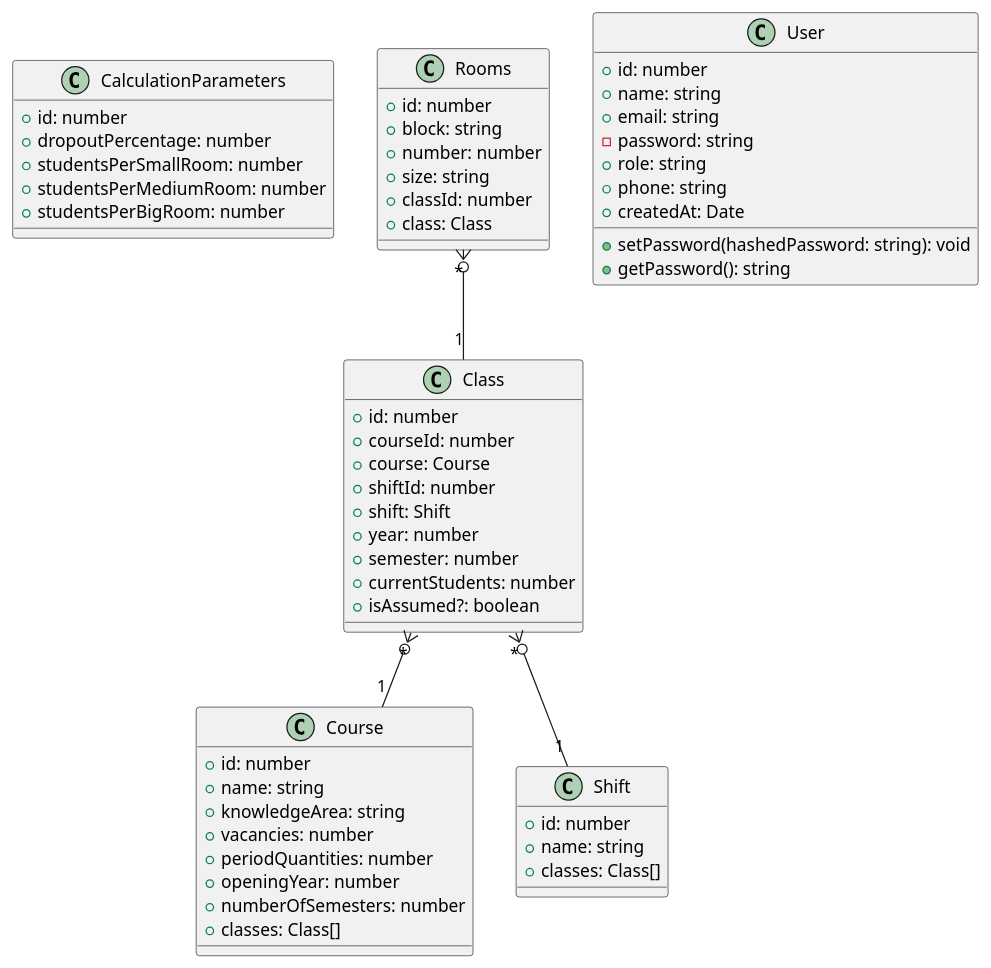
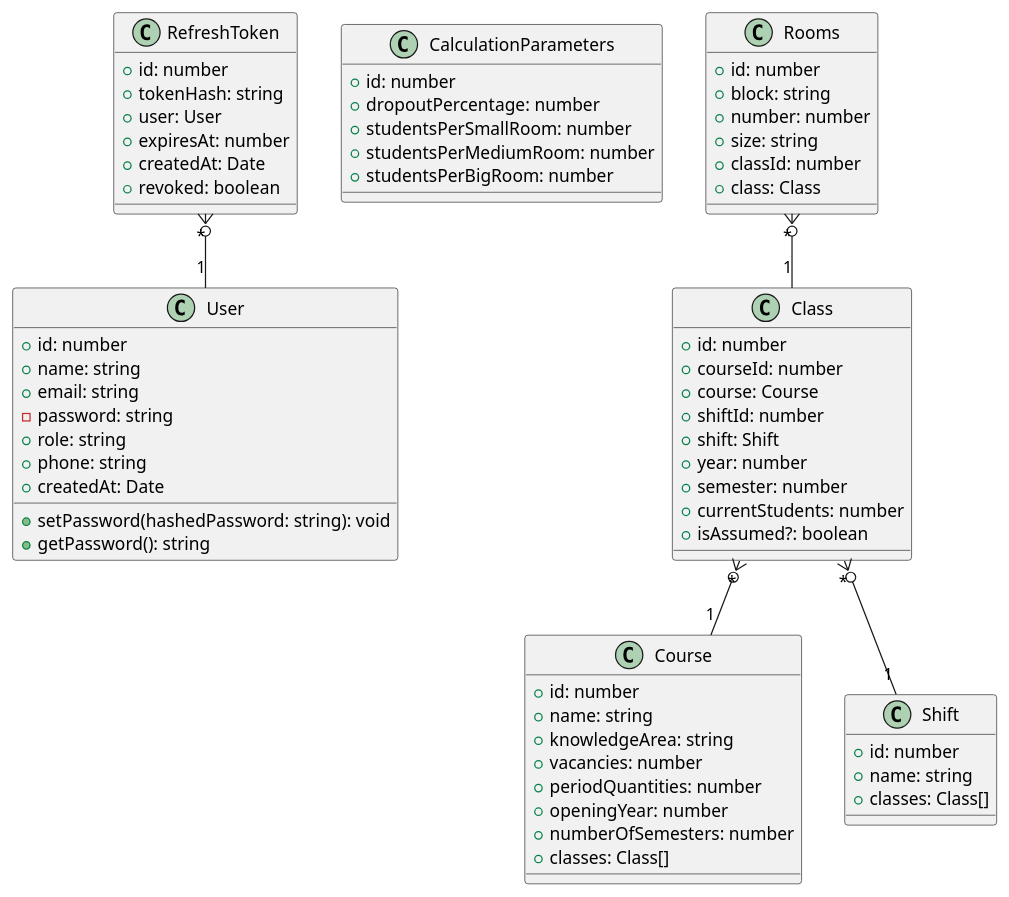
The diagram in docs/uml/_combined.puml (Grupo-5-Biopark/grupo05), drawn with PlantUML before and after one commit. The commit also changed 13 other files, not shown here.

First line of the commit message:
feat(auth): implement refresh token system with HttpOnly cookies

```diff
--- a/docs/uml/_combined.puml
+++ b/docs/uml/_combined.puml
@@ -1,64 +1,73 @@
 @startuml
 ' Combined Domain Model
-' Generated: 2025-11-24T23:18:13.912Z
-' Modules: calculation-parameters, classes, courses, rooms, shifts, users
+' Generated: 2025-12-02T00:15:54.857Z
+' Modules: auth, calculation-parameters, classes, courses, rooms, shifts, users
 
 
+class User {
+    +id: number
+    +name: string
+    +email: string
+    -password: string
+    +role: string
+    +phone: string
+    +createdAt: Date
+    +setPassword(hashedPassword: string): void
+    +getPassword(): string
+}
+class RefreshToken {
+    +id: number
+    +tokenHash: string
+    +user: User
+    +expiresAt: number
+    +createdAt: Date
+    +revoked: boolean
+}
 class CalculationParameters {
     +id: number
     +dropoutPercentage: number
     +studentsPerSmallRoom: number
     +studentsPerMediumRoom: number
     +studentsPerBigRoom: number
 }
 class Course {
     +id: number
     +name: string
     +knowledgeArea: string
     +vacancies: number
     +periodQuantities: number
     +openingYear: number
     +numberOfSemesters: number
     +classes: Class[]
 }
 class Shift {
     +id: number
     +name: string
     +classes: Class[]
 }
 class Class {
     +id: number
     +courseId: number
     +course: Course
     +shiftId: number
     +shift: Shift
     +year: number
     +semester: number
     +currentStudents: number
     +isAssumed?: boolean
 }
 class Rooms {
     +id: number
     +block: string
     +number: number
     +size: string
     +classId: number
     +class: Class
 }
-class User {
-    +id: number
-    +name: string
-    +email: string
-    -password: string
-    +role: string
-    +phone: string
-    +createdAt: Date
-    +setPassword(hashedPassword: string): void
-    +getPassword(): string
-}
 
 ' Relationships
+RefreshToken "*" }o-- "1" User
 Class "*" }o-- "1" Course
 Class "*" }o-- "1" Shift
 Rooms "*" }o-- "1" Class
 @enduml
```
